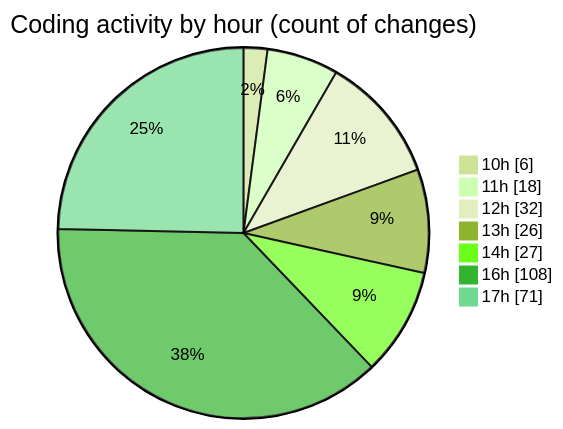
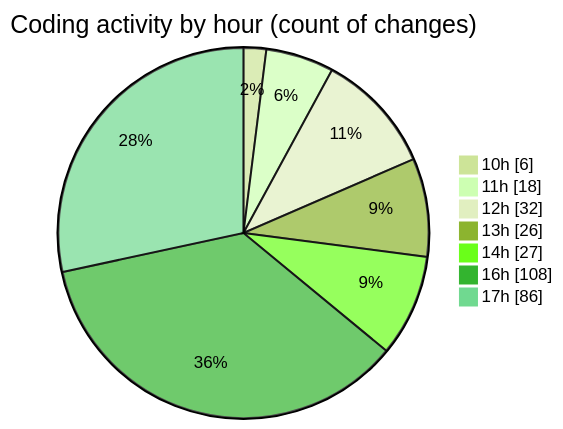
The second of 2 diagrams in 2026-09-03/cda/README.md (momahboobian/code-tracking), drawn with Mermaid (forest theme) before and after one commit. The commit also changed other lines of this file and 1 other file, not shown here.

````diff
--- a/2026-09-03/cda/README.md
+++ b/2026-09-03/cda/README.md
@@ -99,11 +99,11 @@
 ```mermaid
 pie showData
 title Coding activity by hour (count of changes)
 "10h" : 6
 "11h" : 18
 "12h" : 32
 "13h" : 26
 "14h" : 27
 "16h" : 108
-"17h" : 71
+"17h" : 86
 ```
````
